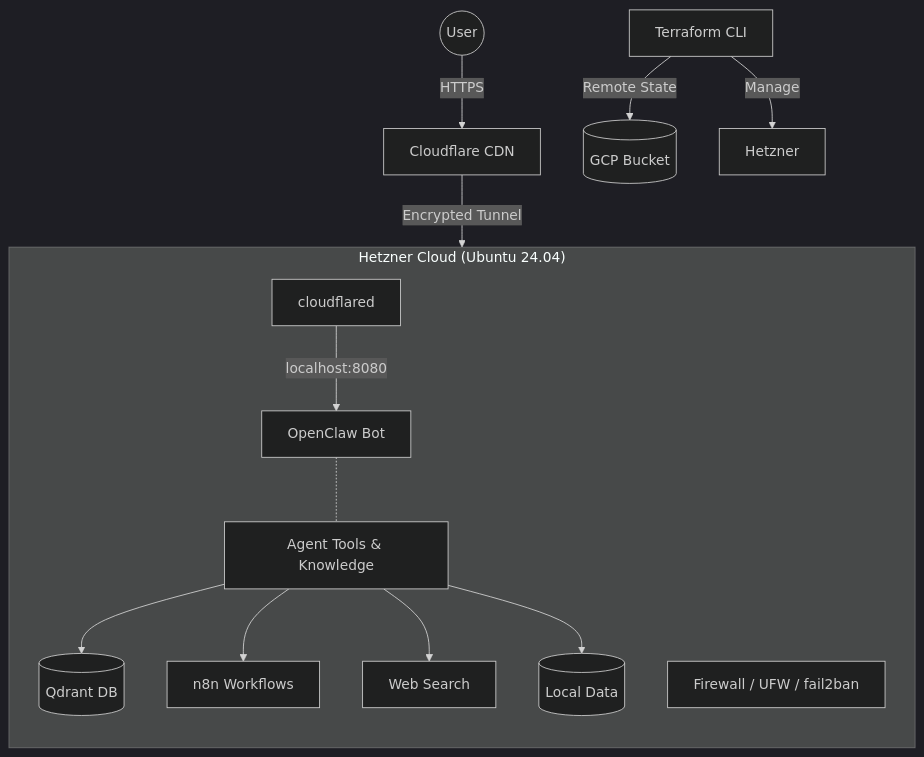
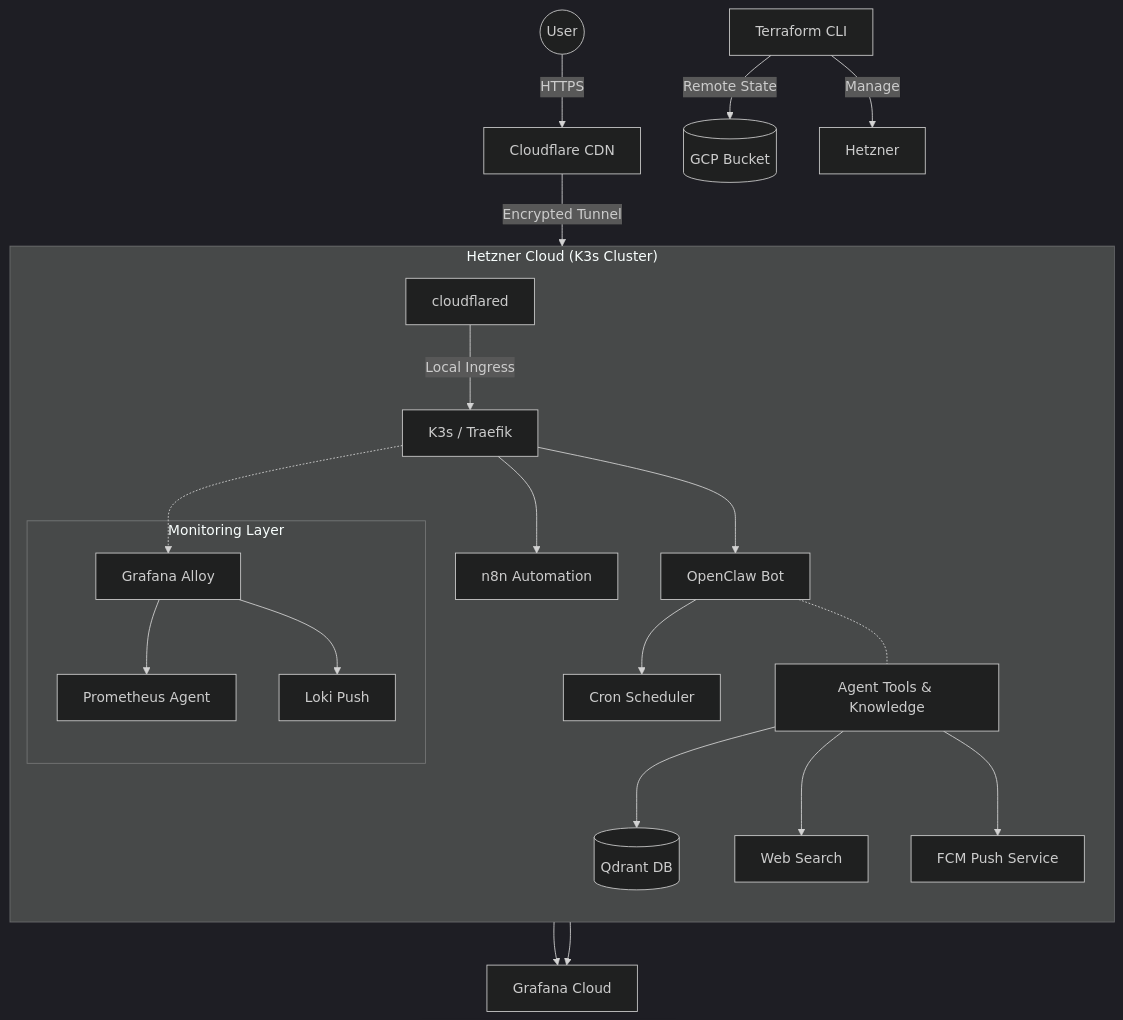
The diagram in README.md (halo2008/openclaw), drawn with Mermaid (dark theme) before and after one commit. The commit also changed other lines of this file and 28 other files, not shown here.

````diff
--- a/README.md
+++ b/README.md
@@ -33,22 +34,33 @@
 ```mermaid
 graph TD
     User((User)) -->|HTTPS| CF[Cloudflare CDN]
     CF -->|Encrypted Tunnel| CT[cloudflared]
     
-    subgraph "Hetzner Cloud (Ubuntu 24.04)"
+    subgraph "Hetzner Cloud (K3s Cluster)"
         direction TB
-        CT -->|localhost:8080| App[OpenClaw Bot]
+        CT -->|Local Ingress| K8S[K3s / Traefik]
+        
+        K8S --> App[OpenClaw Bot]
+        K8S --> n8n[n8n Automation]
         
         App -.- Tools[Agent Tools & Knowledge]
+        App --> Cron[Cron Scheduler]
         
         Tools --> KB[(Qdrant DB)]
-        Tools --> n8n[n8n Workflows]
         Tools --> Search[Web Search]
-        Tools --> DB[(Local Data)]
+        Tools --> FCM[FCM Push Service]
         
-        Security[Firewall / UFW / fail2ban]
+        subgraph "Monitoring Layer"
+            Alloy[Grafana Alloy] --> Prometheus[Prometheus Agent]
+            Alloy --> Loki[Loki Push]
+        end
+        
+        K8S -.-> Alloy
     end
+    
+    Prometheus --> GC[Grafana Cloud]
+    Loki --> GC
     
     Terraform[Terraform CLI] -->|Remote State| GCS[(GCP Bucket)]
     Terraform -->|Manage| Hetzner
 ```
````
